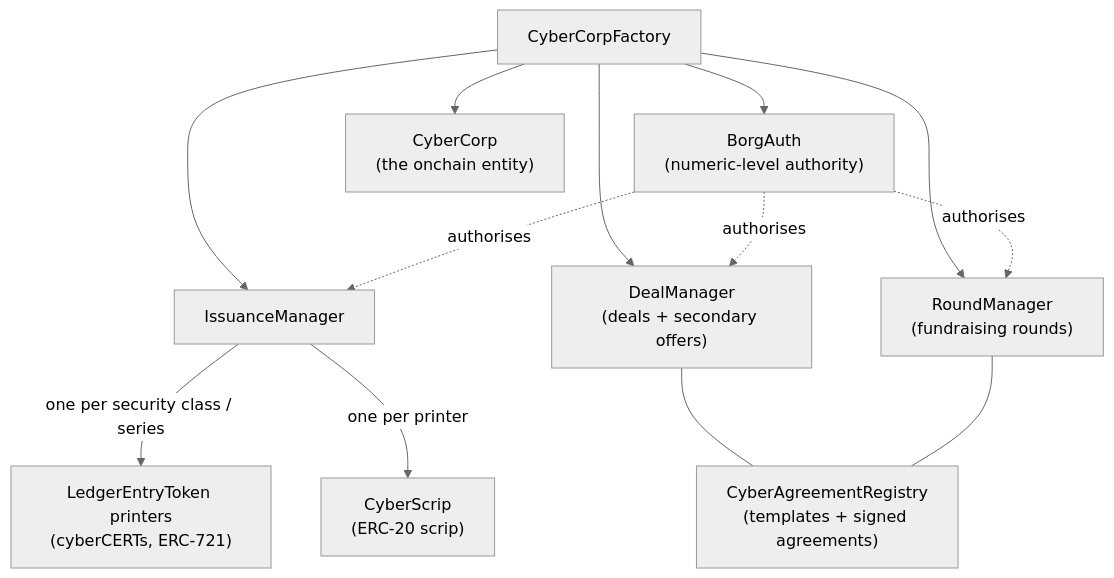
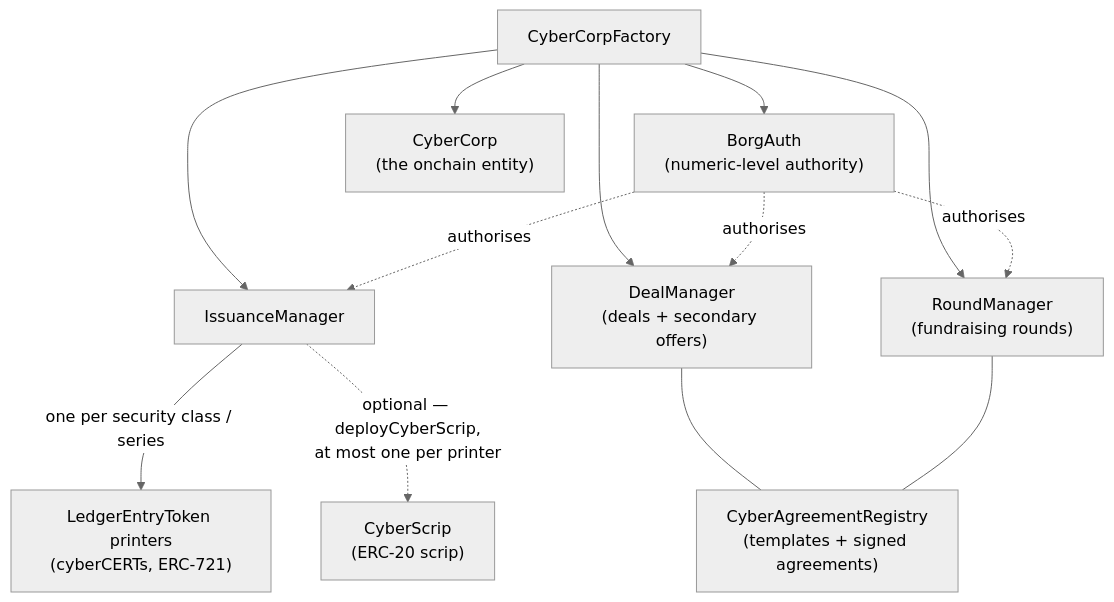
One commit to MetaLex-Tech/cybercorps-contracts changed the diagram in docs/reference/contracts.md. Above: the diagram before and after it, drawn with Mermaid (neutral theme).

Commit message:
docs: topology — scrip deployment is optional and on-demand

````diff
--- a/docs/reference/contracts.md
+++ b/docs/reference/contracts.md
@@ -13,15 +13,15 @@
 ```mermaid
 flowchart TD
     F["CyberCorpFactory"] --> AUTH["BorgAuth<br/>(numeric-level authority)"]
     F --> CORP["CyberCorp<br/>(the onchain entity)"]
     F --> IM["IssuanceManager"]
     F --> DM["DealManager<br/>(deals + secondary offers)"]
     F --> RM["RoundManager<br/>(fundraising rounds)"]
     IM -- "one per security class / series" --> LET["LedgerEntryToken printers<br/>(cyberCERTs, ERC-721)"]
-    IM -- "one per printer" --> SCRIP["CyberScrip<br/>(ERC-20 scrip)"]
+    IM -. "optional — deployCyberScrip,<br/>at most one per printer" .-> SCRIP["CyberScrip<br/>(ERC-20 scrip)"]
     DM --- REG["CyberAgreementRegistry<br/>(templates + signed agreements)"]
     RM --- REG
     AUTH -. "authorises" .-> IM
     AUTH -. "authorises" .-> DM
     AUTH -. "authorises" .-> RM
 ```
````
